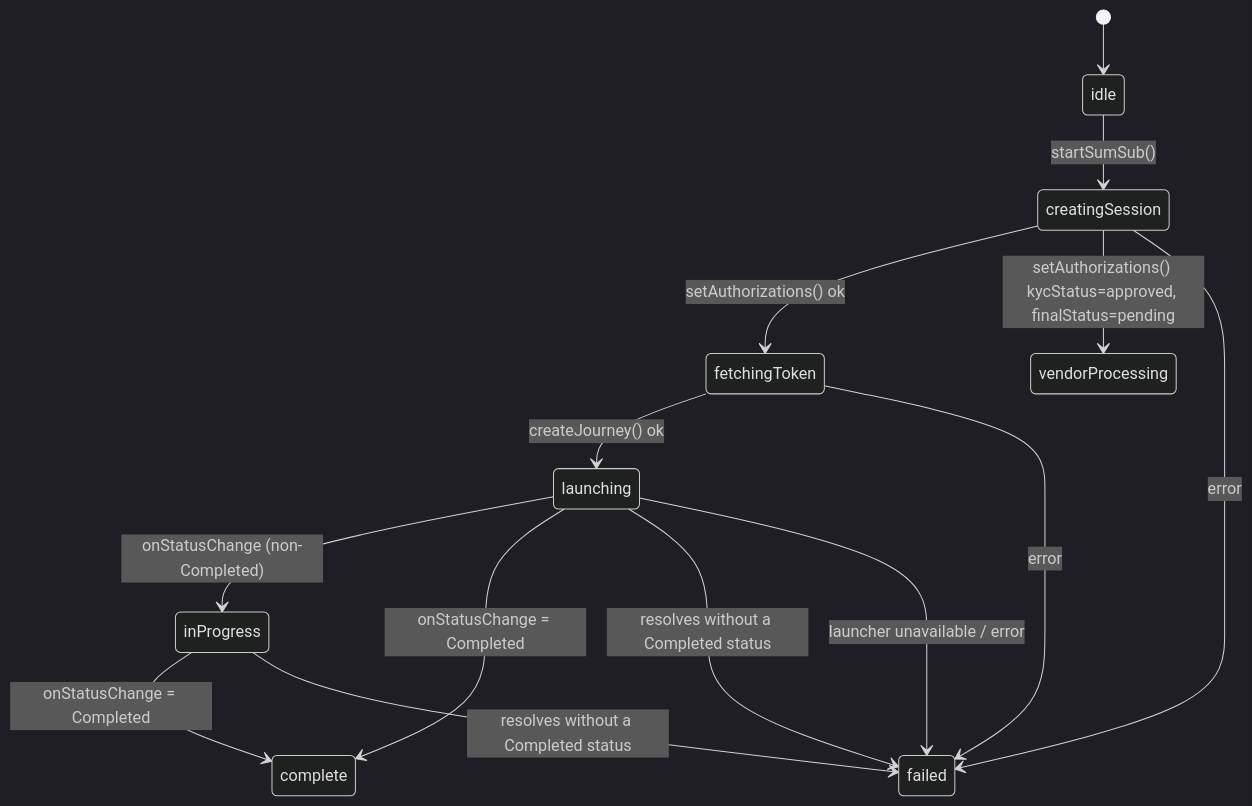
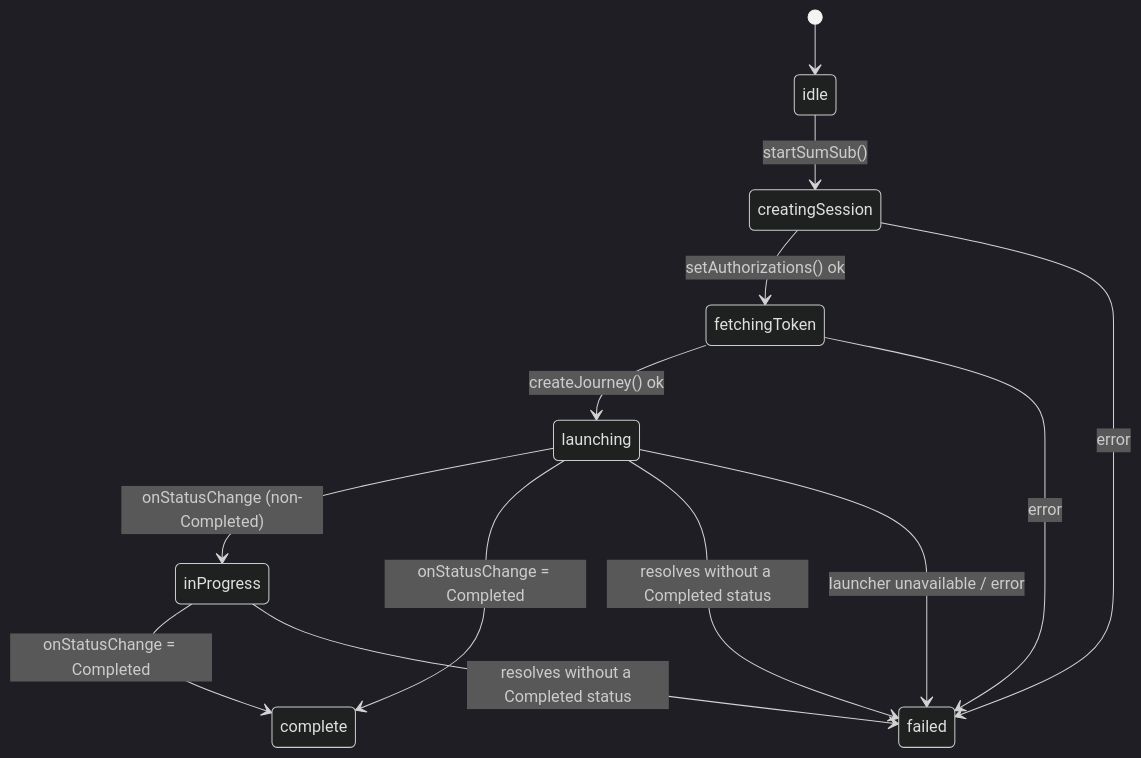
Before and after one commit to MetaMask/core: the seventh of 10 diagrams in packages/kyc-controller/ARCHITECTURE.md, drawn with Mermaid (dark theme). The commit also changed other lines of this file and 4 other files, not shown here.

````diff
--- a/packages/kyc-controller/ARCHITECTURE.md
+++ b/packages/kyc-controller/ARCHITECTURE.md
@@ -469,16 +489,15 @@
 ```mermaid
 stateDiagram-v2
     [*] --> idle
     idle --> creatingSession : startSumSub()
     creatingSession --> fetchingToken : setAuthorizations() ok
-    creatingSession --> vendorProcessing : setAuthorizations() kycStatus=approved, finalStatus=pending
     fetchingToken --> launching : createJourney() ok
     launching --> inProgress : onStatusChange (non-Completed)
     launching --> complete : onStatusChange = Completed
     inProgress --> complete : onStatusChange = Completed
     launching --> failed : resolves without a Completed status
     inProgress --> failed : resolves without a Completed status
     creatingSession --> failed : error
     fetchingToken --> failed : error
     launching --> failed : launcher unavailable / error
 ```
````
